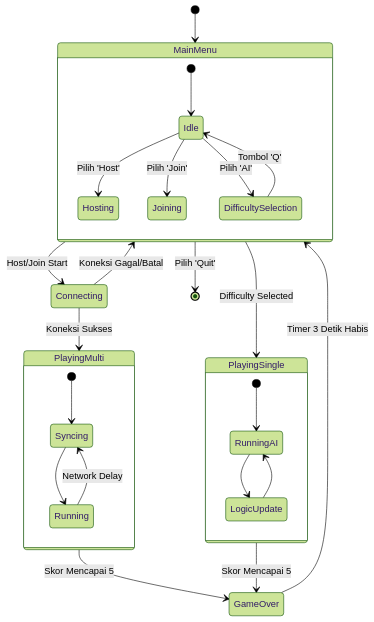
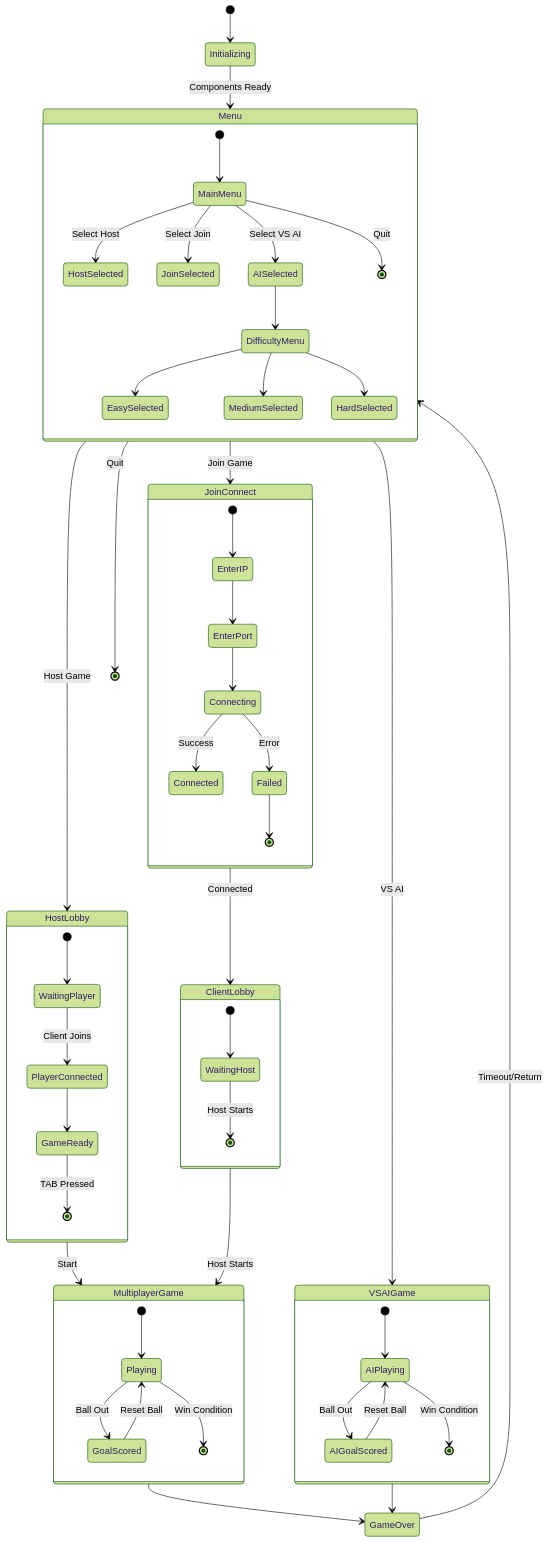
One commit to ditverse/ascii-game-python changed the first of 6 diagrams in docs/diagrams/STATE_DIAGRAM.md. Above: the diagram before and after it, drawn with Mermaid (forest theme). The commit also changed other lines of this file and 3 other files, not shown here.

Commit message:
update diagram

````diff
--- a/docs/diagrams/STATE_DIAGRAM.md
+++ b/docs/diagrams/STATE_DIAGRAM.md
@@ -14,37 +7,69 @@
 ```mermaid
 stateDiagram-v2
-    [*] --> MainMenu
+    [*] --> Initializing
     
-    state MainMenu {
-        [*] --> Idle
-        Idle --> Hosting : Pilih 'Host'
-        Idle --> Joining : Pilih 'Join'
-        Idle --> DifficultySelection : Pilih 'AI'
-        DifficultySelection --> Idle : Tombol 'Q'
+    Initializing --> Menu: Components Ready
+    
+    state Menu {
+        [*] --> MainMenu
+        MainMenu --> HostSelected: Select Host
+        MainMenu --> JoinSelected: Select Join
+        MainMenu --> AISelected: Select VS AI
+        MainMenu --> [*]: Quit
+        
+        AISelected --> DifficultyMenu
+        DifficultyMenu --> EasySelected
+        DifficultyMenu --> MediumSelected
+        DifficultyMenu --> HardSelected
     }
     
-    MainMenu --> Connecting : Host/Join Start
-    MainMenu --> PlayingSingle : Difficulty Selected
+    Menu --> HostLobby: Host Game
+    Menu --> JoinConnect: Join Game
+    Menu --> VSAIGame: VS AI
+    Menu --> [*]: Quit
     
-    Connecting --> PlayingMulti : Koneksi Sukses
-    Connecting --> MainMenu : Koneksi Gagal/Batal
-    
-    state PlayingMulti {
-        [*] --> Syncing
-        Syncing --> Running
-        Running --> Syncing : Network Delay
+    state HostLobby {
+        [*] --> WaitingPlayer
+        WaitingPlayer --> PlayerConnected: Client Joins
+        PlayerConnected --> GameReady
+        GameReady --> [*]: TAB Pressed
     }
     
-    state PlayingSingle {
-        [*] --> RunningAI
-        RunningAI --> LogicUpdate
-        LogicUpdate --> RunningAI
+    state JoinConnect {
+        [*] --> EnterIP
+        EnterIP --> EnterPort
+        EnterPort --> Connecting
+        Connecting --> Connected: Success
+        Connecting --> Failed: Error
+        Failed --> [*]
     }
     
-    PlayingMulti --> GameOver : Skor Mencapai 5
-    PlayingSingle --> GameOver : Skor Mencapai 5
+    JoinConnect --> ClientLobby: Connected
     
-    GameOver --> MainMenu : Timer 3 Detik Habis
+    state ClientLobby {
+        [*] --> WaitingHost
+        WaitingHost --> [*]: Host Starts
+    }
     
-    MainMenu --> [*] : Pilih 'Quit'
+    HostLobby --> MultiplayerGame: Start
+    ClientLobby --> MultiplayerGame: Host Starts
+    
+    state MultiplayerGame {
+        [*] --> Playing
+        Playing --> GoalScored: Ball Out
+        GoalScored --> Playing: Reset Ball
+        Playing --> [*]: Win Condition
+    }
+    
+    state VSAIGame {
+        [*] --> AIPlaying
+        AIPlaying --> AIGoalScored: Ball Out
+        AIGoalScored --> AIPlaying: Reset Ball
+        AIPlaying --> [*]: Win Condition
+    }
+    
+    MultiplayerGame --> GameOver
+    VSAIGame --> GameOver
+    
+    GameOver --> Menu: Timeout/Return
 ```
````
